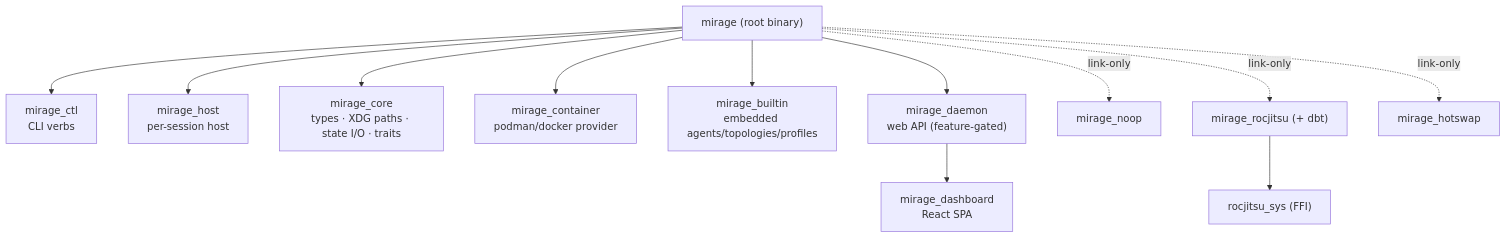
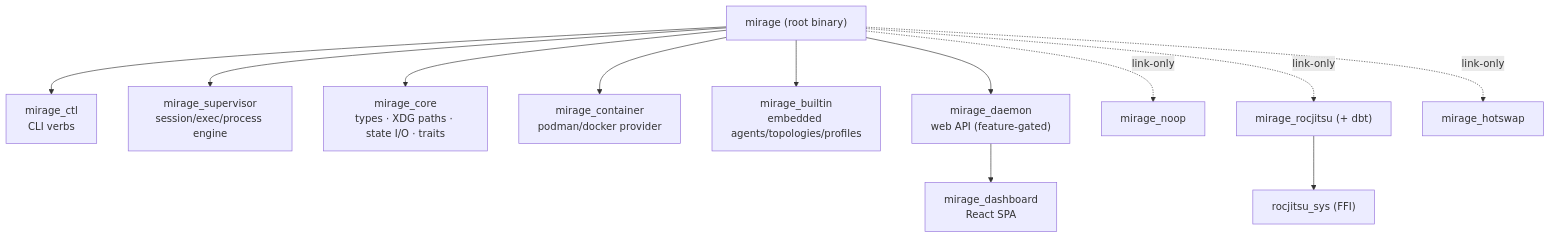
Before and after one commit to ROCm/rocm-systems: the fifth of 15 diagrams in emulation/mirage/docs/demo-debugging-at-scale.md, drawn with Mermaid. The commit also changed other lines of this file and 7 other files, not shown here.

First line of the commit message:
docs(mirage): document the supervisor daemon and the reduced on-disk state

````diff
--- a/emulation/mirage/docs/demo-debugging-at-scale.md
+++ b/emulation/mirage/docs/demo-debugging-at-scale.md
@@ -180,15 +180,15 @@
 ```mermaid
 flowchart TB
     root["mirage (root binary)"]
     root --> ctl["mirage_ctl<br/>CLI verbs"]
-    root --> host["mirage_host<br/>per-session host"]
+    root --> host["mirage_supervisor<br/>session/exec/process engine"]
     root --> core["mirage_core<br/>types · XDG paths · state I/O · traits"]
     root --> cont["mirage_container<br/>podman/docker provider"]
     root --> builtin["mirage_builtin<br/>embedded agents/topologies/profiles"]
     root --> daemon["mirage_daemon<br/>web API (feature-gated)"]
     daemon --> dash["mirage_dashboard<br/>React SPA"]
     root -.link-only.-> noop["mirage_noop"]
     root -.link-only.-> rj["mirage_rocjitsu (+ dbt)"]
     root -.link-only.-> hot["mirage_hotswap"]
     rj --> sys["rocjitsu_sys (FFI)"]
 ```
````
